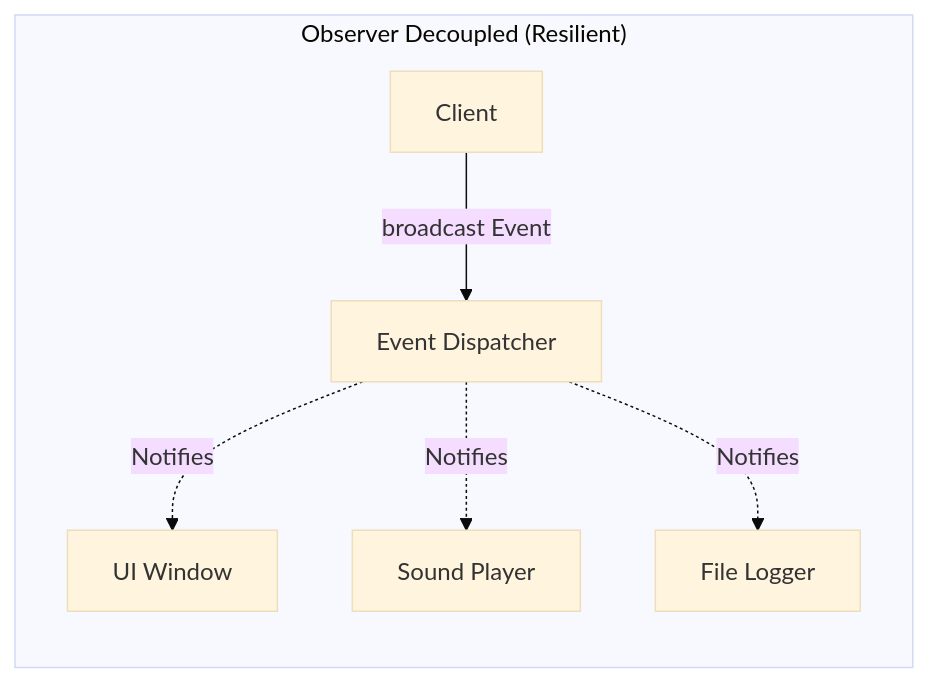
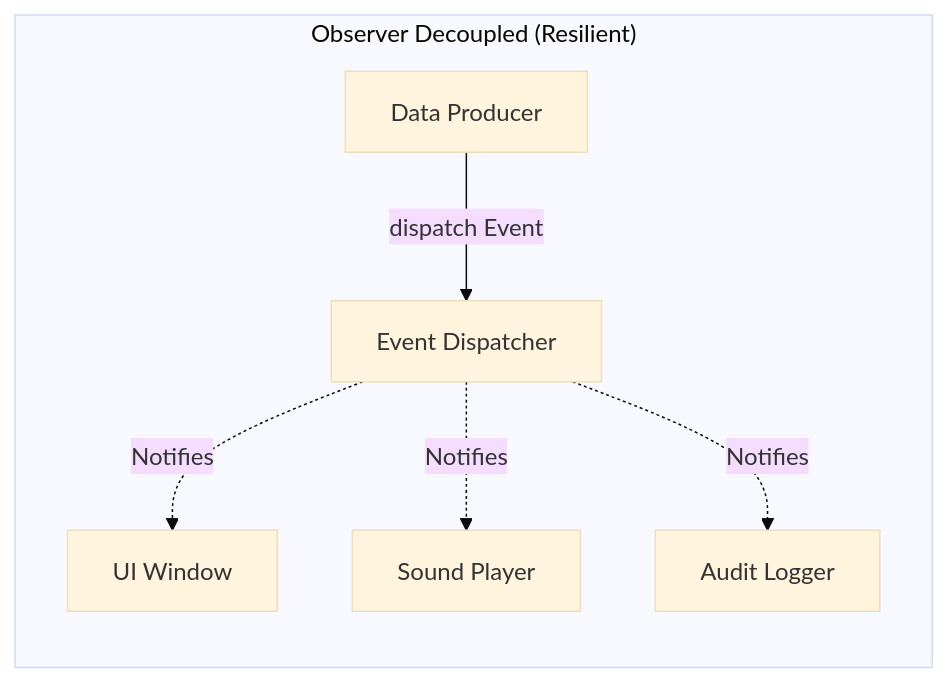
Before and after one commit to mnaatjes/ed-fleet-client: the fifth of 10 diagrams in architecture/notes/event_driven_telemetry_and_state_fundamentals.md, drawn with Mermaid (base theme). The commit also changed other lines of this file, not shown here.

Commit message:
docs(architecture): rewrite fundamentals primer with domain-agnostic examples

````diff
--- a/architecture/notes/event_driven_telemetry_and_state_fundamentals.md
+++ b/architecture/notes/event_driven_telemetry_and_state_fundamentals.md
@@ -176,9 +184,9 @@
 ```mermaid
 flowchart LR
     subgraph Decoupled ["Observer Decoupled (Resilient)"]
-        ClientB["Client"] -->|broadcast Event| Dispatcher["Event Dispatcher"]
+        SourceB["Data Producer"] -->|dispatch Event| Dispatcher["Event Dispatcher"]
         Dispatcher -.->|Notifies| UI2["UI Window"]
         Dispatcher -.->|Notifies| Audio2["Sound Player"]
-        Dispatcher -.->|Notifies| Logger2["File Logger"]
+        Dispatcher -.->|Notifies| Logger2["Audit Logger"]
     end
 ```
````
